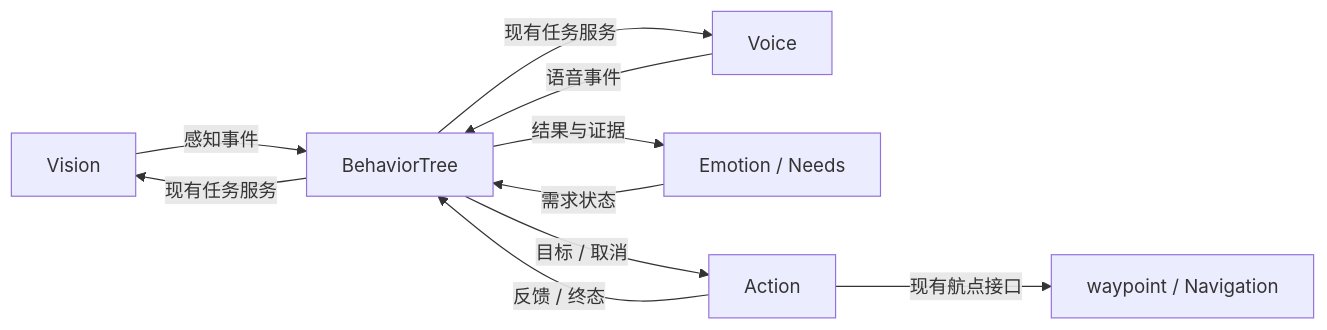
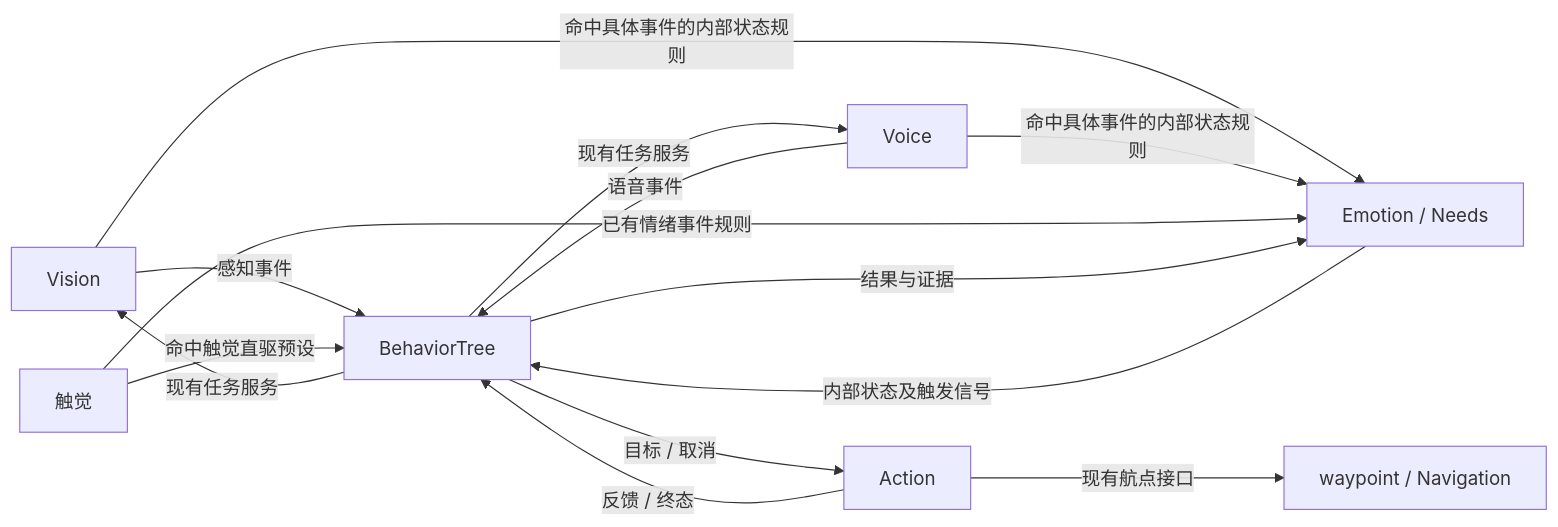
One commit to yoloxbb/MarsDogPlatform changed the diagram in docs/development/WORKFLOW.md. Above: the diagram before and after it, drawn with Mermaid. The commit also changed other lines of this file and 432 other files, not shown here.

```diff
--- a/docs/development/WORKFLOW.md
+++ b/docs/development/WORKFLOW.md
@@ -10,12 +21,16 @@
 ~~~mermaid
 flowchart LR
   Vision -->|感知事件| BT[BehaviorTree]
   Voice -->|语音事件| BT
   BT -->|现有任务服务| Vision
   BT -->|现有任务服务| Voice
-  Needs[Emotion / Needs] -->|需求状态| BT
+  Vision -->|命中具体事件的内部状态规则| Needs[Emotion / Needs]
+  Voice -->|命中具体事件的内部状态规则| Needs
+  Touch[触觉] -->|已有情绪事件规则| Needs
+  Touch -->|命中触觉直驱预设| BT
+  Needs -->|内部状态及触发信号| BT
   BT -->|结果与证据| Needs
   BT -->|目标 / 取消| Action
   Action -->|反馈 / 终态| BT
   Action -->|现有航点接口| Nav[waypoint / Navigation]
 ~~~
```
